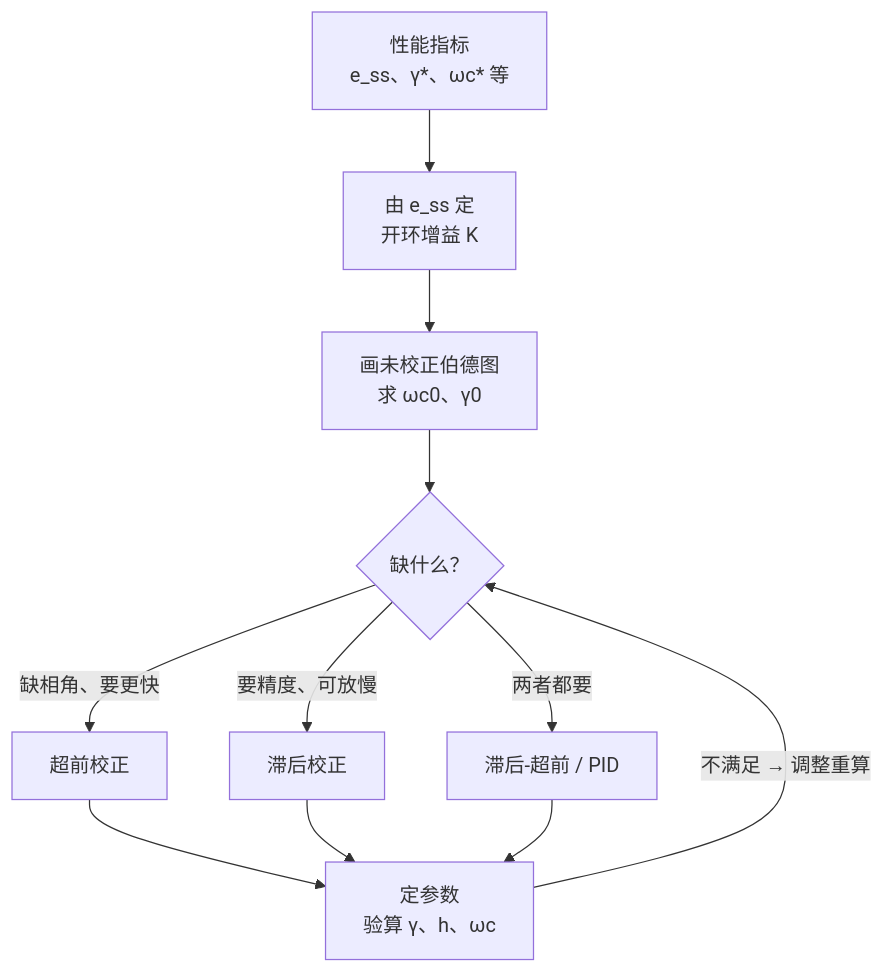
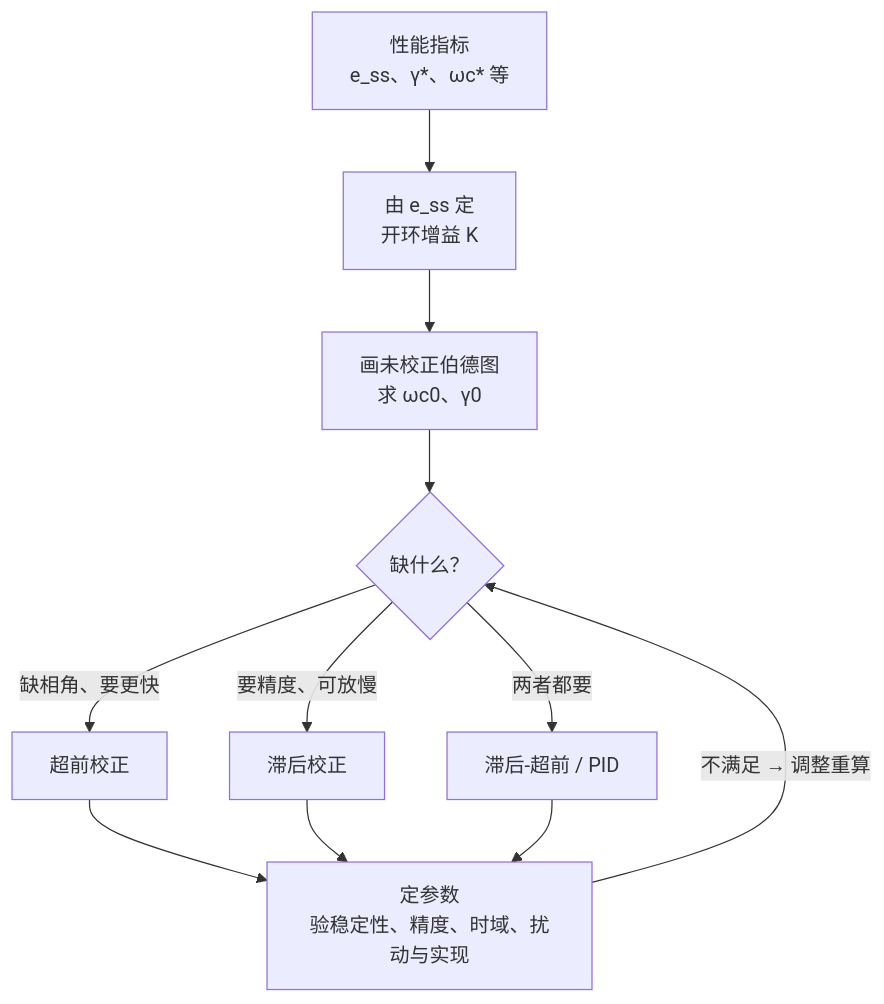
Before and after one commit to wangziyu1234/obsidian-vault: the diagram in 控制理论/自动控制原理/06-4-b 设计总流程与例题.md, drawn with Mermaid. The commit also changed other lines of this file and 119 other files, not shown here.

````diff
--- a/控制理论/自动控制原理/06-4-b 设计总流程与例题.md
+++ b/控制理论/自动控制原理/06-4-b 设计总流程与例题.md
@@ -16,13 +16,13 @@
 ```mermaid
 flowchart TD
     A["性能指标<br/>e_ss、γ*、ωc* 等"] --> B["由 e_ss 定<br/>开环增益 K"]
     B --> C["画未校正伯德图<br/>求 ωc0、γ0"]
     C --> D{"缺什么？"}
     D -- "缺相角、要更快" --> E["超前校正"]
     D -- "要精度、可放慢" --> F["滞后校正"]
     D -- "两者都要" --> G["滞后-超前 / PID"]
-    E --> H["定参数<br/>验算 γ、h、ωc"]
+    E --> H["定参数<br/>验稳定性、精度、时域、扰动与实现"]
     F --> H
     G --> H
     H -- "不满足 → 调整重算" --> D
 ```
````
